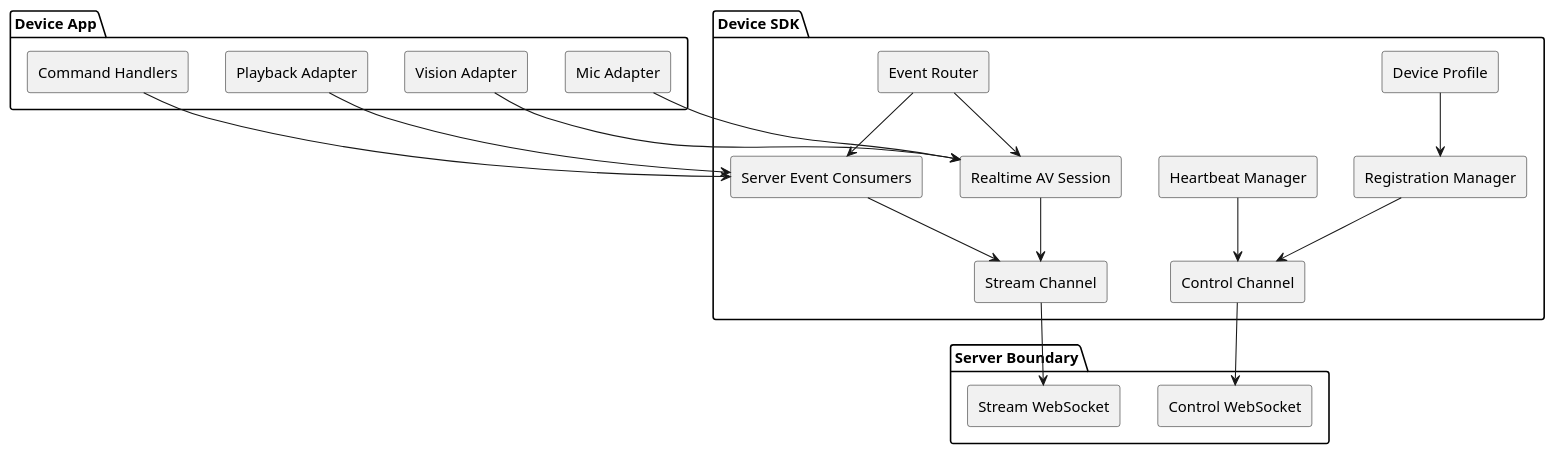
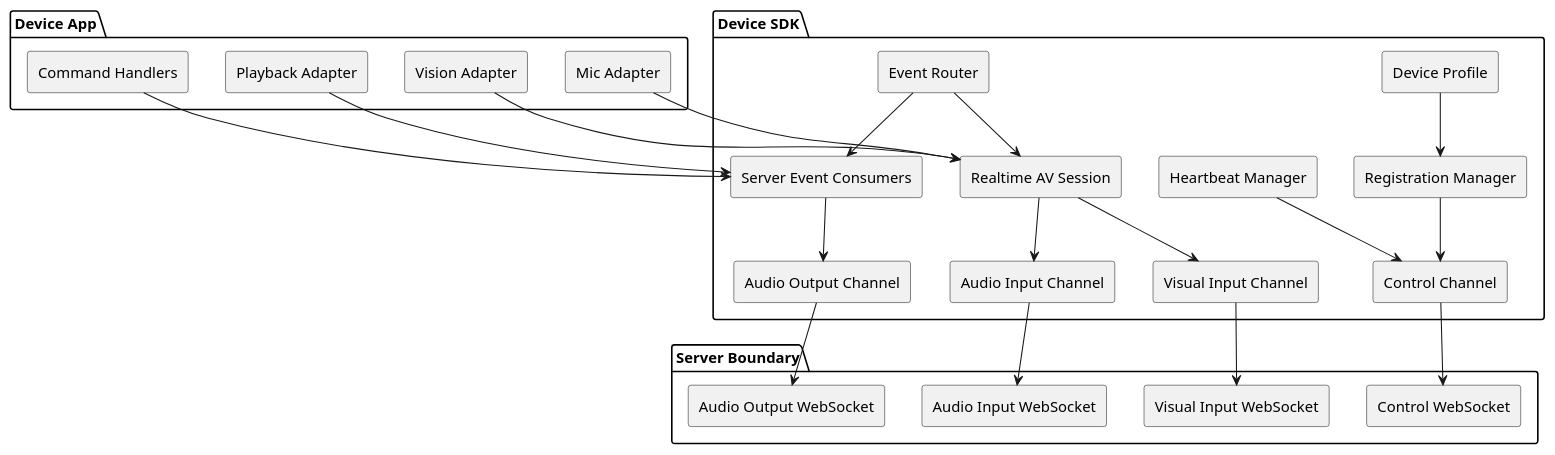
The first of 6 diagrams in docs/reference/device-sdk-event-blueprint.md (HengeLiu/RealtimeAgent), drawn with PlantUML before and after one commit. The commit also changed other lines of this file and 4 other files, not shown here.

````diff
--- a/docs/reference/device-sdk-event-blueprint.md
+++ b/docs/reference/device-sdk-event-blueprint.md
@@ -15,44 +15,51 @@
 ```plantuml
 @startuml
 skinparam componentStyle rectangle
 
 package "Device App" {
   [Mic Adapter]
   [Vision Adapter]
   [Playback Adapter]
   [Command Handlers]
 }
 
 package "Device SDK" {
   [Device Profile]
   [Control Channel]
-  [Stream Channel]
+  [Audio Input Channel]
+  [Audio Output Channel]
+  [Visual Input Channel]
   [Event Router]
   [Registration Manager]
   [Realtime AV Session]
   [Server Event Consumers]
   [Heartbeat Manager]
 }
 
 package "Server Boundary" {
   [Control WebSocket]
-  [Stream WebSocket]
+  [Audio Input WebSocket]
+  [Audio Output WebSocket]
+  [Visual Input WebSocket]
 }
 
 [Mic Adapter] --> [Realtime AV Session]
 [Vision Adapter] --> [Realtime AV Session]
 [Playback Adapter] --> [Server Event Consumers]
 [Command Handlers] --> [Server Event Consumers]
 
 [Device Profile] --> [Registration Manager]
 [Registration Manager] --> [Control Channel]
 [Heartbeat Manager] --> [Control Channel]
 [Event Router] --> [Realtime AV Session]
 [Event Router] --> [Server Event Consumers]
-[Realtime AV Session] --> [Stream Channel]
-[Server Event Consumers] --> [Stream Channel]
+[Realtime AV Session] --> [Audio Input Channel]
+[Realtime AV Session] --> [Visual Input Channel]
+[Server Event Consumers] --> [Audio Output Channel]
 
 [Control Channel] --> [Control WebSocket]
-[Stream Channel] --> [Stream WebSocket]
+[Audio Input Channel] --> [Audio Input WebSocket]
+[Audio Output Channel] --> [Audio Output WebSocket]
+[Visual Input Channel] --> [Visual Input WebSocket]
 @enduml
 ```
````
